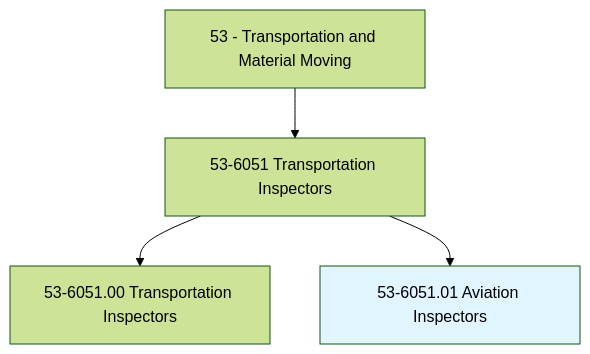
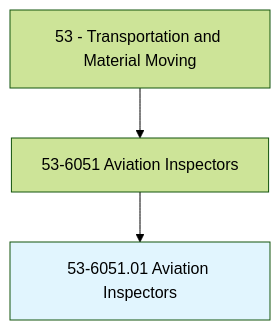
One commit to kziemski/business.org.ai changed the first of 4 diagrams in occupations/Transportation/AviationInspectors.mdx. Above: the diagram before and after it, drawn with Mermaid (forest theme). The commit also changed other lines of this file and 938 other files, not shown here.

````diff
--- a/occupations/Transportation/AviationInspectors.mdx
+++ b/occupations/Transportation/AviationInspectors.mdx
@@ -19,7 +23,6 @@
 ```mermaid
 graph TD
-    Cat53["53 - Transportation and Material Moving"] --> Group536051["53-6051 Transportation Inspectors"]
-    Group536051 --> Base["53-6051.00 Transportation Inspectors"]
+    Cat53["53 - Transportation and Material Moving"] --> Group536051["53-6051 Aviation Inspectors"]
     Group536051 --> Current["53-6051.01 Aviation Inspectors"]
     style Current fill:#e1f5fe
 ```
````
